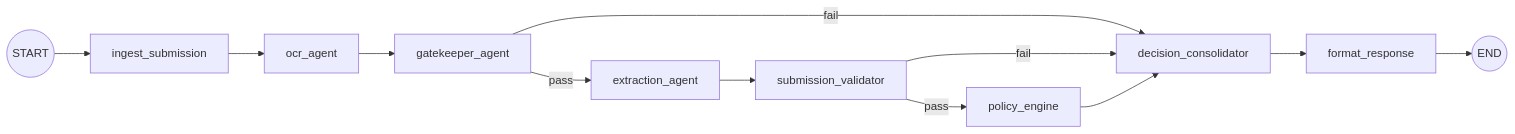
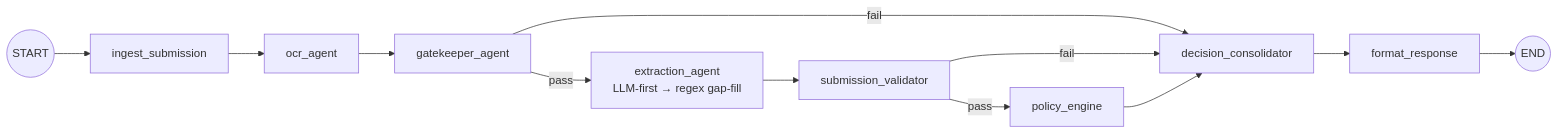
The third of 3 diagrams in README.md (Nautyy/plum-ai-health-app), drawn with Mermaid before and after one commit. The commit also changed other lines of this file and 38 other files, not shown here.

````diff
--- a/README.md
+++ b/README.md
@@ -112,14 +112,14 @@
 ```mermaid
 flowchart LR
     START((START)) --> INGEST[ingest_submission]
     INGEST --> OCR[ocr_agent]
     OCR --> GK[gatekeeper_agent]
     GK -->|fail| DEC[decision_consolidator]
-    GK -->|pass| EXT[extraction_agent]
+    GK -->|pass| EXT[extraction_agent<br/>LLM-first → regex gap-fill]
     EXT --> SV[submission_validator]
     SV -->|fail| DEC
     SV -->|pass| POL[policy_engine]
     POL --> DEC
     DEC --> FMT[format_response]
     FMT --> END((END))
 ```
````
